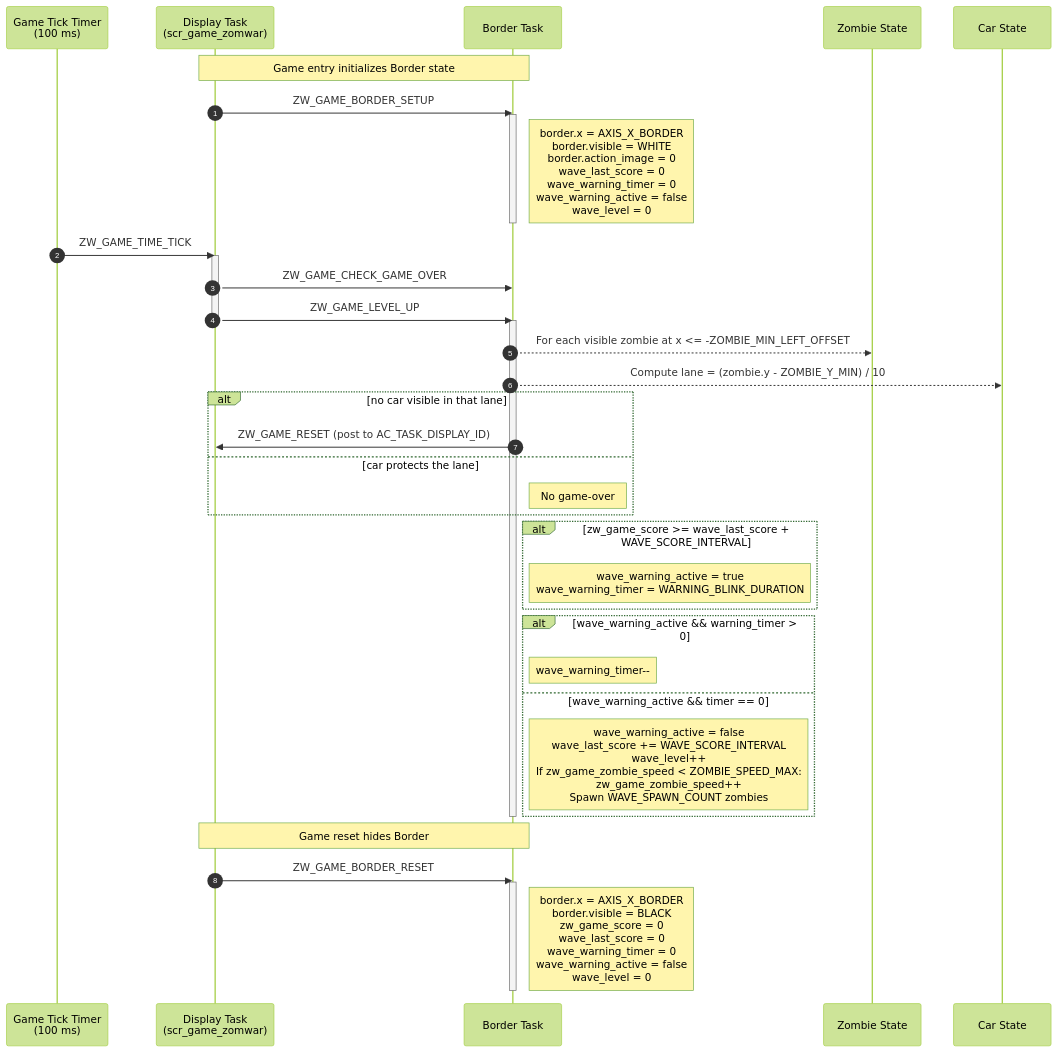
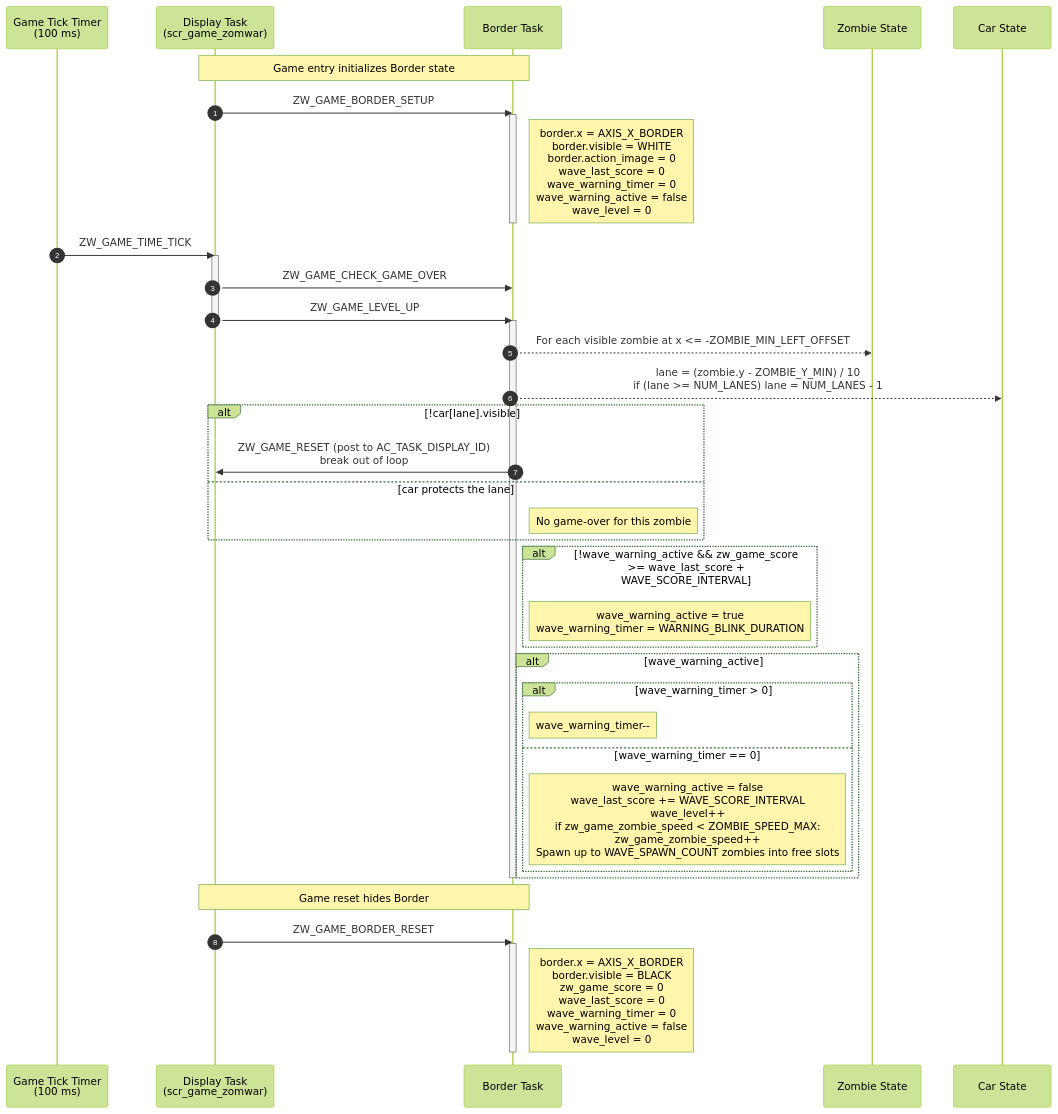
The fifth of 7 diagrams in docs/object_sequence.md (caotrongphuoc/mini-clock), drawn with Mermaid (forest theme) before and after one commit. The commit also changed other lines of this file, not shown here.

Commit message:
[UPDATE] object_sequence.md

````diff
--- a/docs/object_sequence.md
+++ b/docs/object_sequence.md
@@ -69,49 +282,51 @@
 ```mermaid
 sequenceDiagram
     autonumber
     participant Timer as Game Tick Timer<br/>(100 ms)
     participant Screen as Display Task<br/>(scr_game_zomwar)
     participant Border as Border Task
     participant Zombie as Zombie State
     participant Car as Car State
 
     Note over Screen,Border: Game entry initializes Border state
 
     Screen->>Border: ZW_GAME_BORDER_SETUP
     activate Border
     Note right of Border: border.x = AXIS_X_BORDER<br/>border.visible = WHITE<br/>border.action_image = 0<br/>wave_last_score = 0<br/>wave_warning_timer = 0<br/>wave_warning_active = false<br/>wave_level = 0
     deactivate Border
 
     Timer->>Screen: ZW_GAME_TIME_TICK
     activate Screen
     Screen->>Border: ZW_GAME_CHECK_GAME_OVER
     Screen->>Border: ZW_GAME_LEVEL_UP
     deactivate Screen
 
     activate Border
     Border-->>Zombie: For each visible zombie at x <= -ZOMBIE_MIN_LEFT_OFFSET
-    Border-->>Car: Compute lane = (zombie.y - ZOMBIE_Y_MIN) / 10
+    Border-->>Car: lane = (zombie.y - ZOMBIE_Y_MIN) / 10<br/>if (lane >= NUM_LANES) lane = NUM_LANES - 1
 
-    alt no car visible in that lane
-        Border->>Screen: ZW_GAME_RESET (post to AC_TASK_DISPLAY_ID)
+    alt !car[lane].visible
+        Border->>Screen: ZW_GAME_RESET (post to AC_TASK_DISPLAY_ID)<br/>break out of loop
     else car protects the lane
-        Note right of Border: No game-over
+        Note right of Border: No game-over for this zombie
     end
 
-    alt zw_game_score >= wave_last_score + WAVE_SCORE_INTERVAL
+    alt !wave_warning_active && zw_game_score >= wave_last_score + WAVE_SCORE_INTERVAL
         Note right of Border: wave_warning_active = true<br/>wave_warning_timer = WARNING_BLINK_DURATION
     end
-    alt wave_warning_active && warning_timer > 0
-        Note right of Border: wave_warning_timer--
-    else wave_warning_active && timer == 0
-        Note right of Border: wave_warning_active = false<br/>wave_last_score += WAVE_SCORE_INTERVAL<br/>wave_level++<br/>If zw_game_zombie_speed < ZOMBIE_SPEED_MAX:<br/>zw_game_zombie_speed++<br/>Spawn WAVE_SPAWN_COUNT zombies
+    alt wave_warning_active
+        alt wave_warning_timer > 0
+            Note right of Border: wave_warning_timer--
+        else wave_warning_timer == 0
+            Note right of Border: wave_warning_active = false<br/>wave_last_score += WAVE_SCORE_INTERVAL<br/>wave_level++<br/>if zw_game_zombie_speed < ZOMBIE_SPEED_MAX:<br/>zw_game_zombie_speed++<br/>Spawn up to WAVE_SPAWN_COUNT zombies into free slots
+        end
     end
     deactivate Border
 
     Note over Screen,Border: Game reset hides Border
 
     Screen->>Border: ZW_GAME_BORDER_RESET
     activate Border
     Note right of Border: border.x = AXIS_X_BORDER<br/>border.visible = BLACK<br/>zw_game_score = 0<br/>wave_last_score = 0<br/>wave_warning_timer = 0<br/>wave_warning_active = false<br/>wave_level = 0
     deactivate Border
 ```
````
